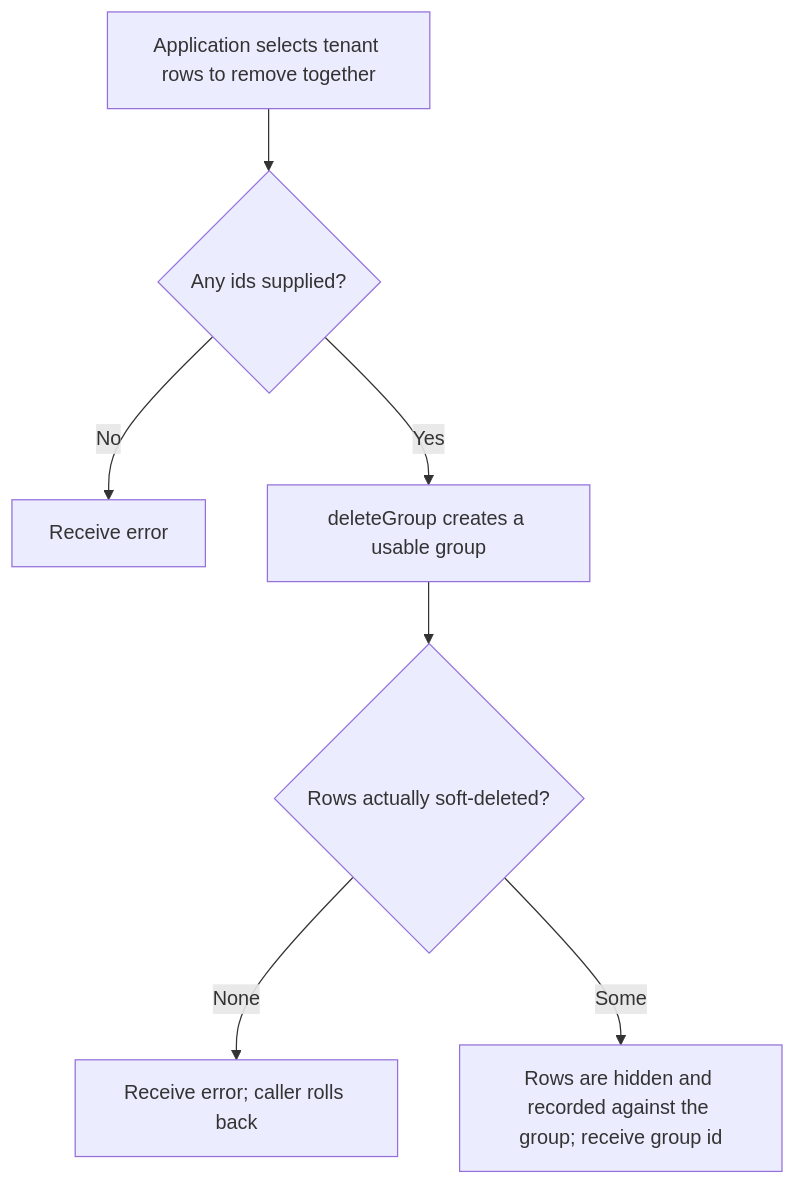
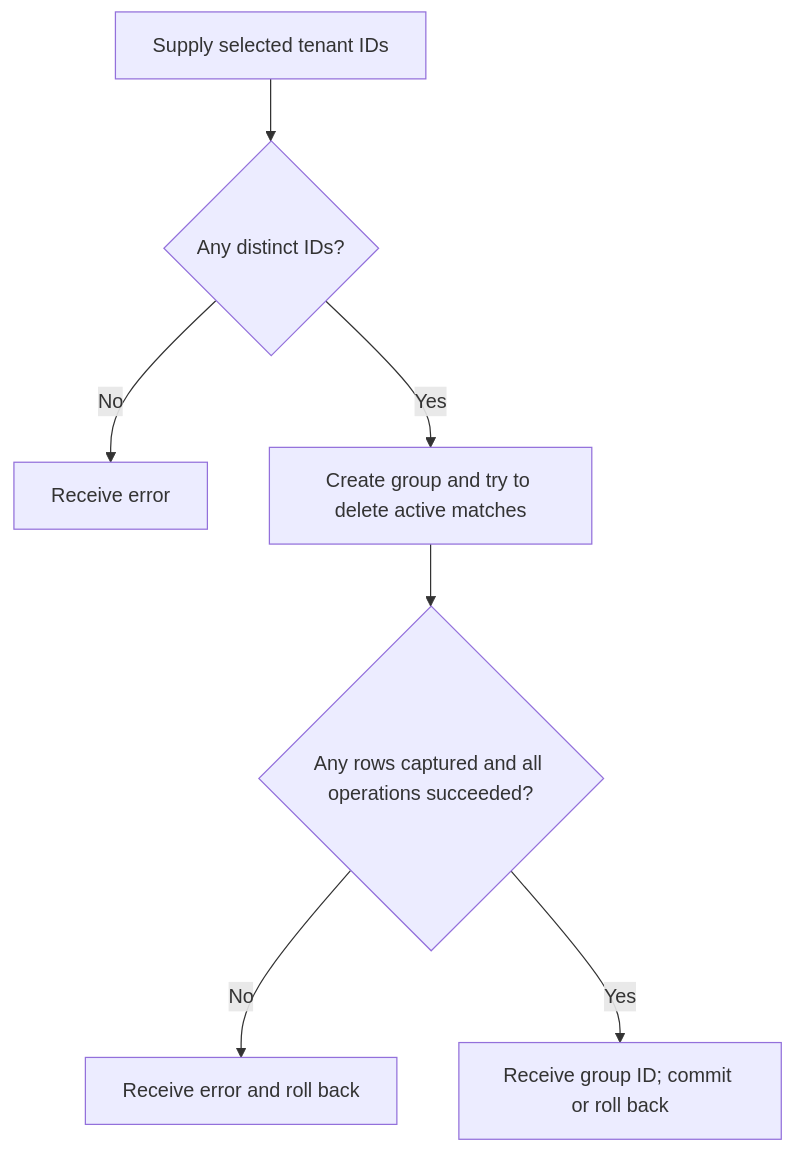
One commit to Kevinjohn/oss-adonisjs-lucid-soft-delete changed the first of 2 diagrams in user-stories/example-apps/us-demo-05-group-recovery.md. Above: the diagram before and after it, drawn with Mermaid. The commit also changed other lines of this file and 26 other files, not shown here.

````diff
--- a/user-stories/example-apps/us-demo-05-group-recovery.md
+++ b/user-stories/example-apps/us-demo-05-group-recovery.md
@@ -22,9 +22,8 @@
 ```mermaid
 flowchart TD
-    A["Application selects tenant rows to remove together"] --> B{"Any ids supplied?"}
+    A["Supply selected tenant IDs"] --> B{"Any distinct IDs?"}
     B -->|No| C["Receive error"]
-    B -->|Yes| D["deleteGroup creates a usable group"]
-    D --> E{"Rows actually soft-deleted?"}
-    E -->|None| F["Receive error; caller rolls back"]
-    E -->|Some| G["Rows are hidden and recorded against the group; receive group id"]
+    B -->|Yes| D["Create group and try to delete active matches"] --> E{"Any rows captured and all operations succeeded?"}
+    E -->|No| F["Receive error and roll back"]
+    E -->|Yes| G["Receive group ID; commit or roll back"]
 ```
````
